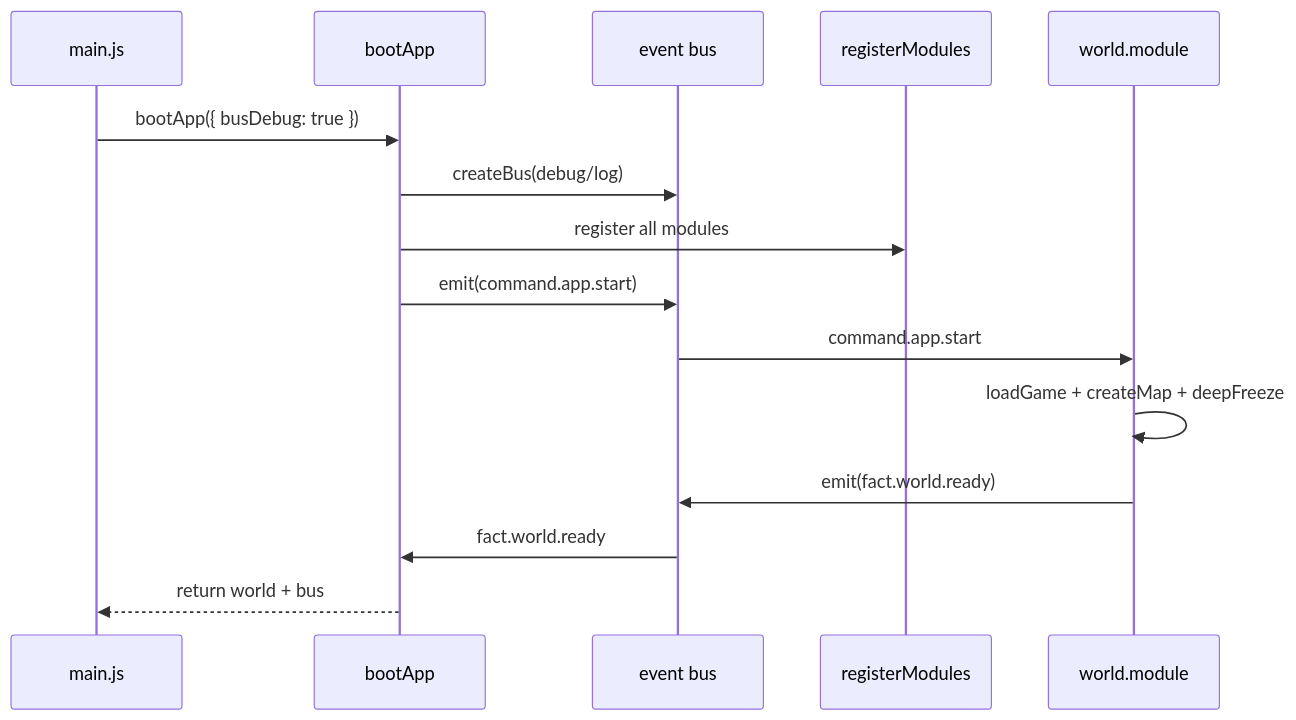
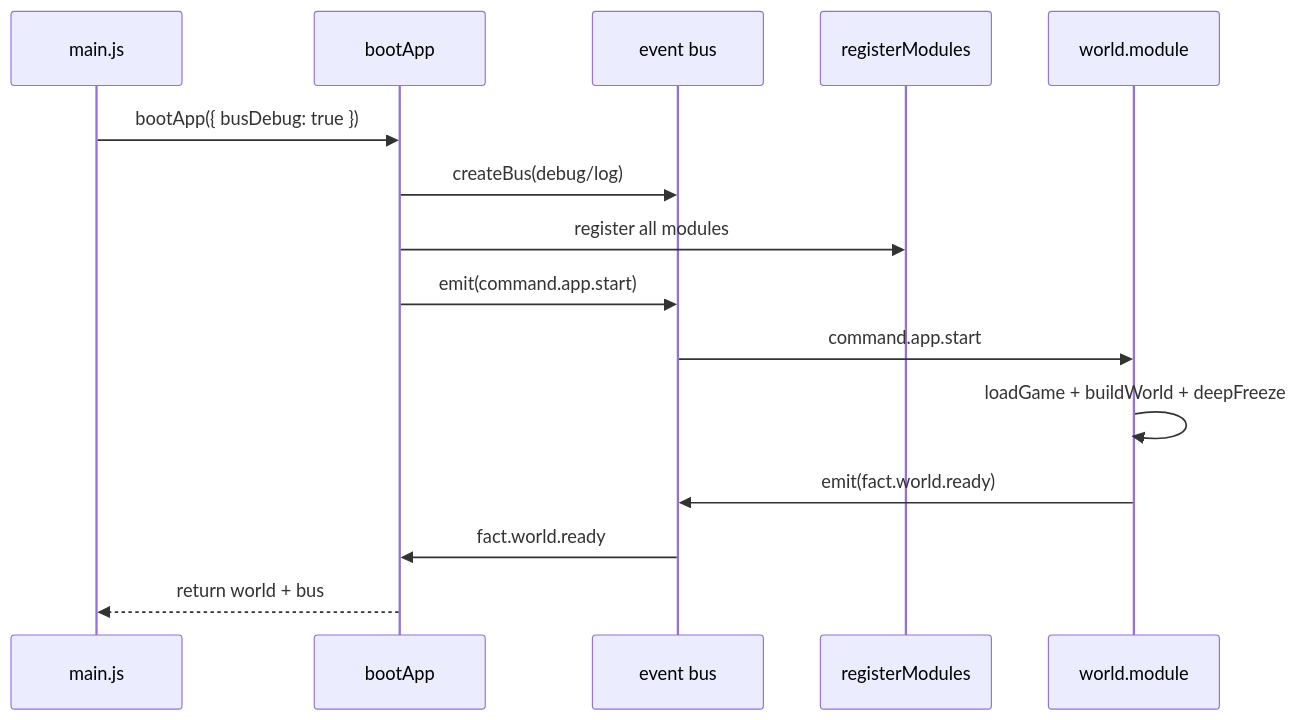
Before and after one commit to jakubjanczyk/heroes-3-js: the second of 4 diagrams in docs/v1/ARCHITECTURE.md, drawn with Mermaid. The commit also changed other lines of this file and 36 other files, not shown here.

````diff
--- a/docs/v1/ARCHITECTURE.md
+++ b/docs/v1/ARCHITECTURE.md
@@ -146,18 +146,18 @@
 ```mermaid
 sequenceDiagram
   participant Main as main.js
   participant Boot as bootApp
   participant Bus as event bus
   participant Modules as registerModules
   participant World as world.module
 
   Main->>Boot: bootApp({ busDebug: true })
   Boot->>Bus: createBus(debug/log)
   Boot->>Modules: register all modules
   Boot->>Bus: emit(command.app.start)
   Bus->>World: command.app.start
-  World->>World: loadGame + createMap + deepFreeze
+  World->>World: loadGame + buildWorld + deepFreeze
   World->>Bus: emit(fact.world.ready)
   Bus->>Boot: fact.world.ready
   Boot-->>Main: return world + bus
 ```
````
